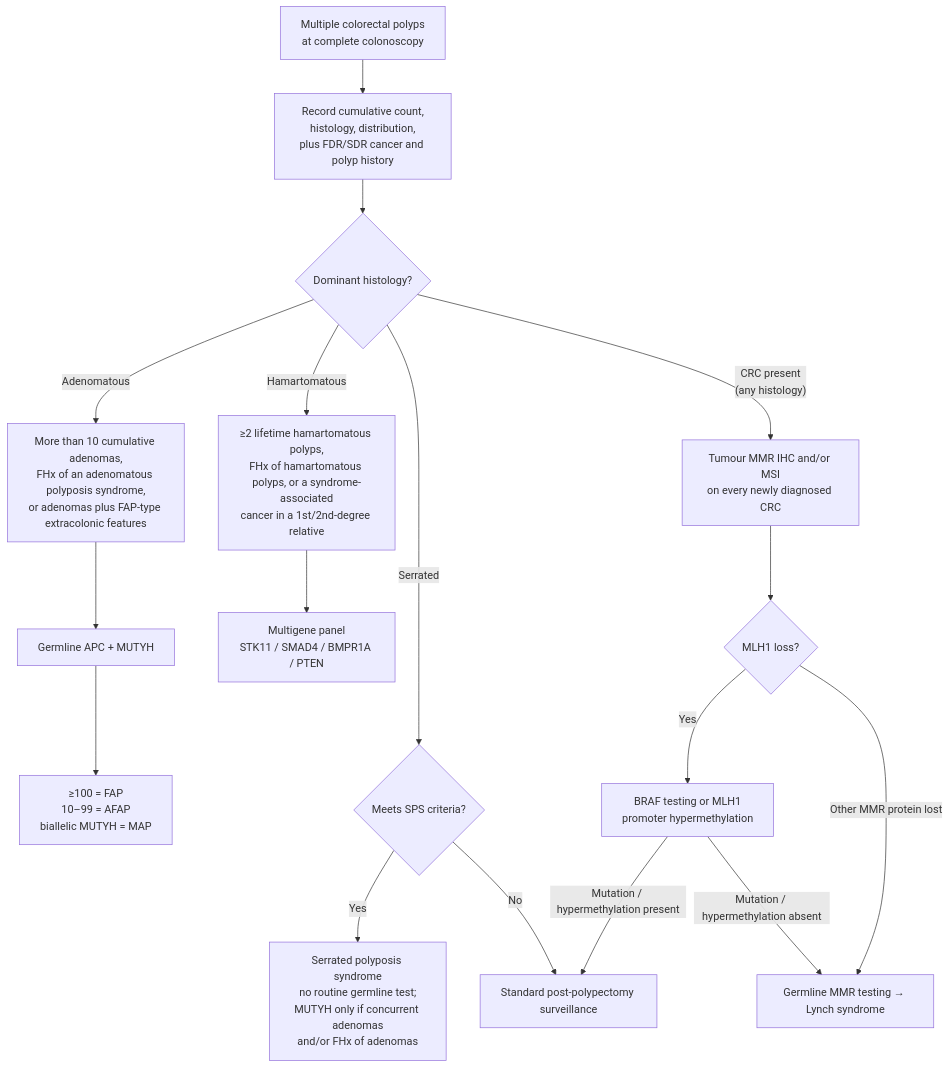
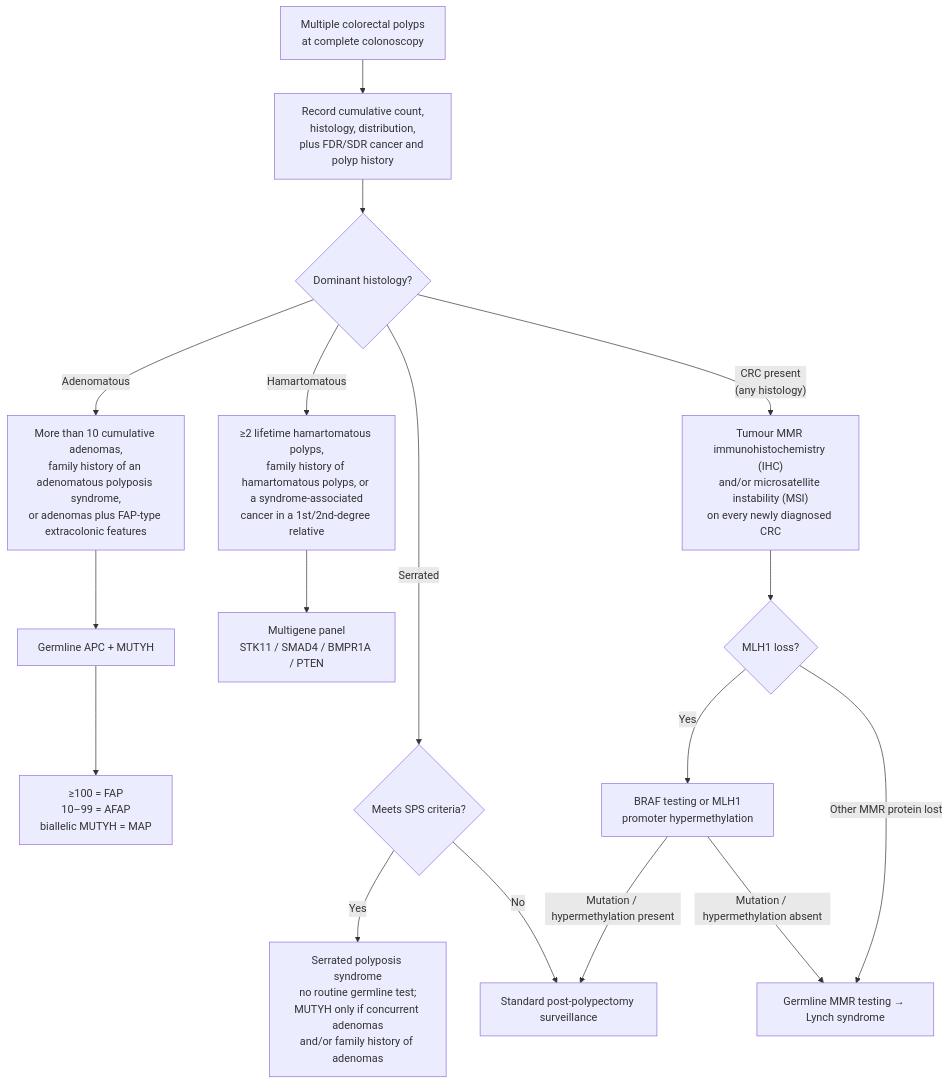
One commit to KHNickLeMD/KHNL-GI-Wiki changed the diagram in KHNL-GI-Wiki/wiki/2-diagnostic-schemas/colorectal-polyposis.md. Above: the diagram before and after it, drawn with Mermaid. The commit also changed other lines of this file and 620 other files, not shown here.

````diff
--- a/KHNL-GI-Wiki/wiki/2-diagnostic-schemas/colorectal-polyposis.md
+++ b/KHNL-GI-Wiki/wiki/2-diagnostic-schemas/colorectal-polyposis.md
@@ -86,19 +86,19 @@
 ```mermaid
 flowchart TD
     A["Multiple colorectal polyps<br/>at complete colonoscopy"] --> B["Record cumulative count,<br/>histology, distribution,<br/>plus FDR/SDR cancer and polyp history"]
     B --> C{"Dominant histology?"}
-    C -->|Adenomatous| D["More than 10 cumulative adenomas,<br/>FHx of an adenomatous polyposis syndrome,<br/>or adenomas plus FAP-type extracolonic features"]
+    C -->|Adenomatous| D["More than 10 cumulative adenomas,<br/>family history of an adenomatous polyposis syndrome,<br/>or adenomas plus FAP-type extracolonic features"]
     D --> E["Germline APC + MUTYH"]
     E --> F["≥100 = FAP<br/>10–99 = AFAP<br/>biallelic MUTYH = MAP"]
-    C -->|Hamartomatous| G["≥2 lifetime hamartomatous polyps,<br/>FHx of hamartomatous polyps, or a syndrome-associated<br/>cancer in a 1st/2nd-degree relative"]
+    C -->|Hamartomatous| G["≥2 lifetime hamartomatous polyps,<br/>family history of hamartomatous polyps, or a syndrome-associated<br/>cancer in a 1st/2nd-degree relative"]
     G --> H["Multigene panel<br/>STK11 / SMAD4 / BMPR1A / PTEN"]
     C -->|Serrated| I{"Meets SPS criteria?"}
-    I -->|Yes| J["Serrated polyposis syndrome<br/>no routine germline test;<br/>MUTYH only if concurrent adenomas<br/>and/or FHx of adenomas"]
+    I -->|Yes| J["Serrated polyposis syndrome<br/>no routine germline test;<br/>MUTYH only if concurrent adenomas<br/>and/or family history of adenomas"]
     I -->|No| K["Standard post-polypectomy surveillance"]
-    C -->|"CRC present<br/>(any histology)"| L["Tumour MMR IHC and/or MSI<br/>on every newly diagnosed CRC"]
+    C -->|"CRC present<br/>(any histology)"| L["Tumour MMR immunohistochemistry (IHC)<br/>and/or microsatellite instability (MSI)<br/>on every newly diagnosed CRC"]
     L --> M{"MLH1 loss?"}
     M -->|Yes| N["BRAF testing or MLH1<br/>promoter hypermethylation"]
     N -->|"Mutation / hypermethylation absent"| O["Germline MMR testing → Lynch syndrome"]
     N -->|"Mutation / hypermethylation present"| K
     M -->|"Other MMR protein lost"| O
 ```
````
